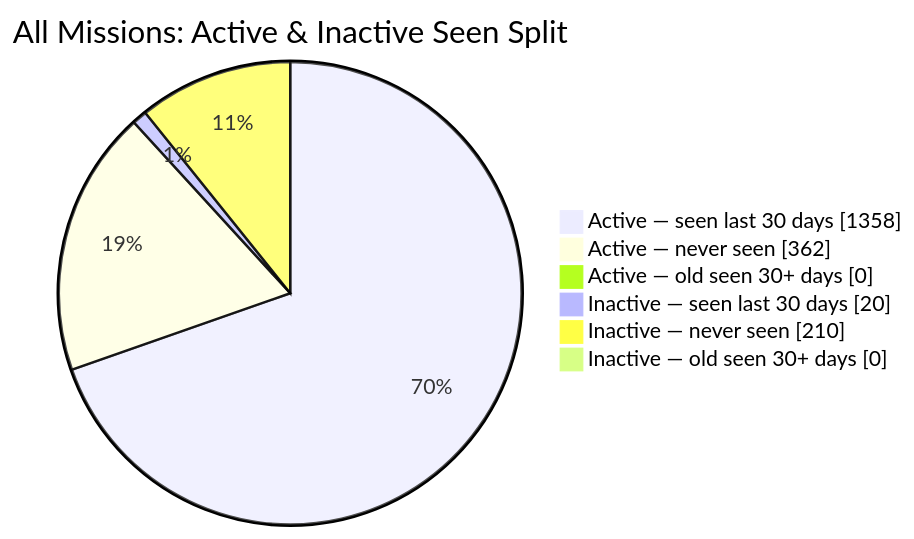
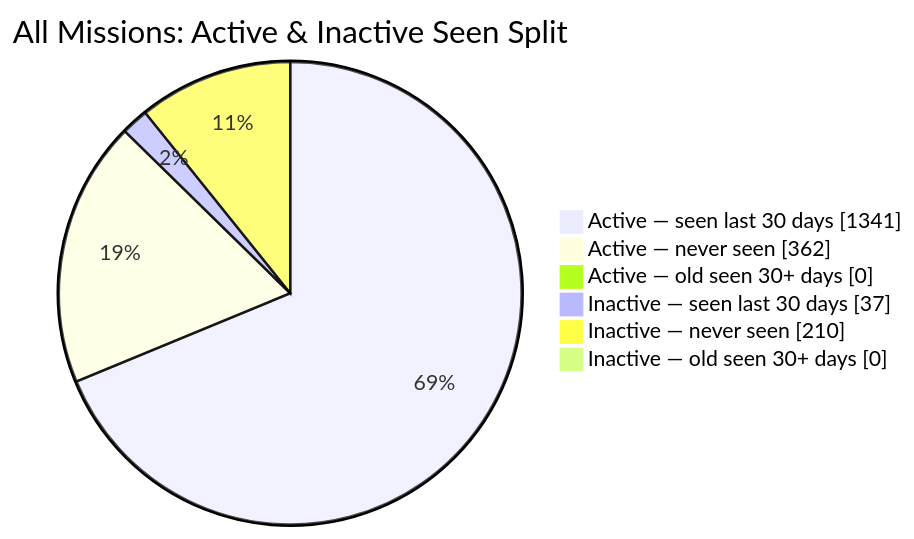
The second of 2 diagrams in README.md (MeldkamerspelGameTeam/active-missions), drawn with Mermaid before and after one commit. The commit also changed other lines of this file and 7 other files, not shown here.

````diff
--- a/README.md
+++ b/README.md
@@ -44,10 +44,10 @@
 ```mermaid
 pie showData
     title All Missions: Active & Inactive Seen Split
-    "Active — seen last 30 days" : 1358
+    "Active — seen last 30 days" : 1341
     "Active — never seen" : 362
     "Active — old seen 30+ days" : 0
-    "Inactive — seen last 30 days" : 20
+    "Inactive — seen last 30 days" : 37
     "Inactive — never seen" : 210
     "Inactive — old seen 30+ days" : 0
 ```
````
